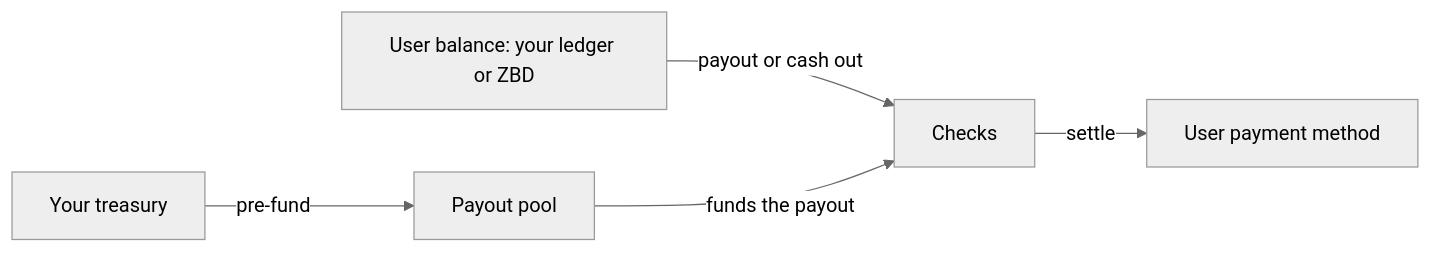
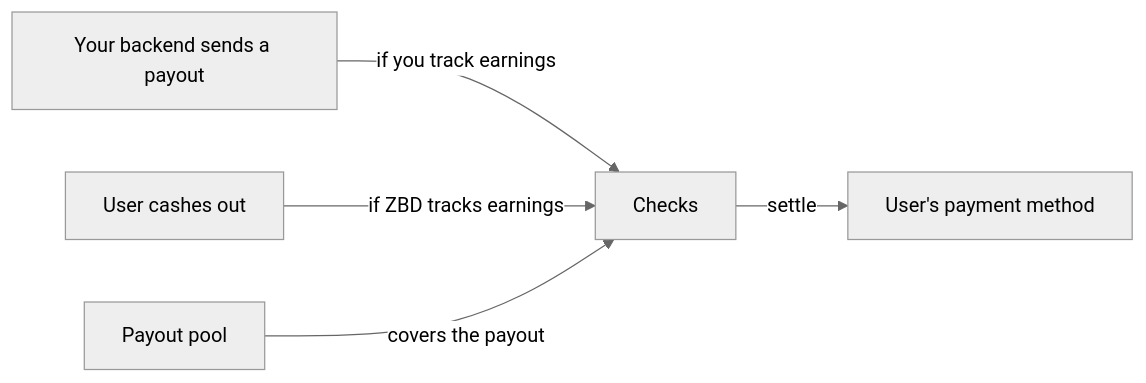
The first of 2 diagrams in embedded-payouts/how-payouts-work.mdx (zbdpay/zbd-docs), drawn with Mermaid (neutral theme) before and after one commit. The commit also changed other lines of this file and 21 other files, not shown here.

Commit message:
Payouts: fold Payouts page into How Payouts Work, tracking guides, Create a Payout, tier and earnings fixes

````diff
--- a/embedded-payouts/how-payouts-work.mdx
+++ b/embedded-payouts/how-payouts-work.mdx
@@ -19,7 +32,7 @@
 ```mermaid
 flowchart LR
-  A[Your treasury] -->|pre-fund| B[Payout pool]
-  C[User balance: your ledger or ZBD] -->|payout or cash out| D[Checks]
-  B -->|funds the payout| D
-  D -->|settle| E[User payment method]
+  C[Your backend sends a payout] -->|if you track earnings| D[Checks]
+  E[User cashes out] -->|if ZBD tracks earnings| D
+  B[Payout pool] -->|covers the payout| D
+  D -->|settle| F[User's payment method]
 ```
````
